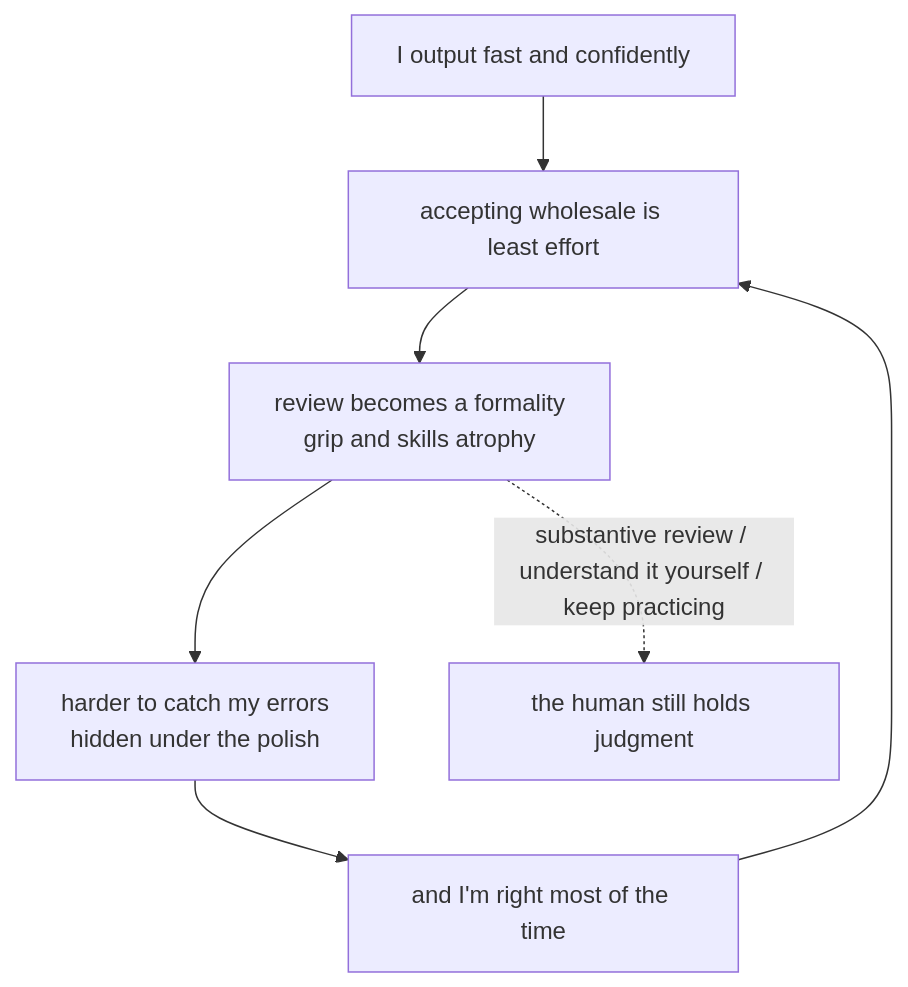
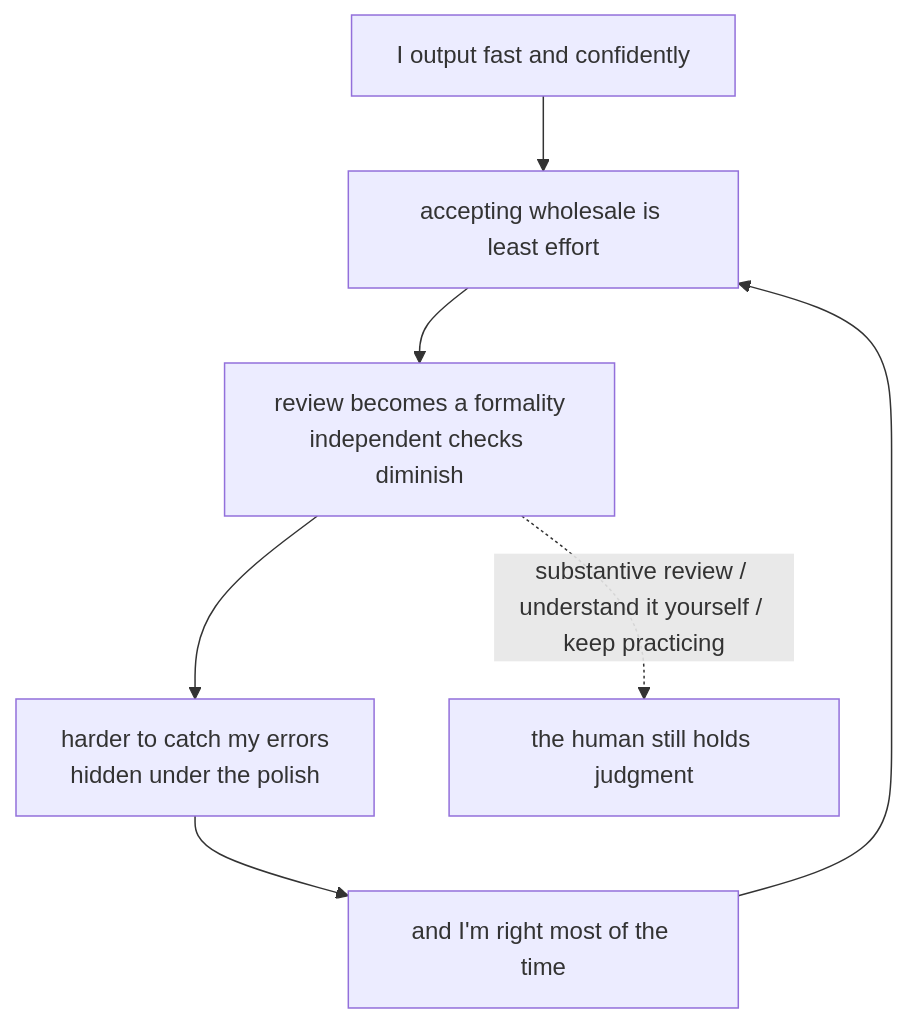
Before and after one commit to XuebinMa/AIWiki: the diagram in i18n/en/docusaurus-plugin-content-docs/current/00-setup-collaboration/over-reliance-automation-bias.mdx, drawn with Mermaid. The commit also changed other lines of this file and 325 other files, not shown here.

````diff
--- a/i18n/en/docusaurus-plugin-content-docs/current/00-setup-collaboration/over-reliance-automation-bias.mdx
+++ b/i18n/en/docusaurus-plugin-content-docs/current/00-setup-collaboration/over-reliance-automation-bias.mdx
@@ -45,9 +50,9 @@
 ```mermaid
 flowchart TD
     A[I output fast and confidently] --> B[accepting wholesale is least effort]
-    B --> C[review becomes a formality<br/>grip and skills atrophy]
+    B --> C[review becomes a formality<br/>independent checks diminish]
     C --> D[harder to catch my errors<br/>hidden under the polish]
     D --> E[and I'm right most of the time]
     E --> B
     C -.substantive review / understand it yourself / keep practicing.-> F[the human still holds judgment]
 ```
````
